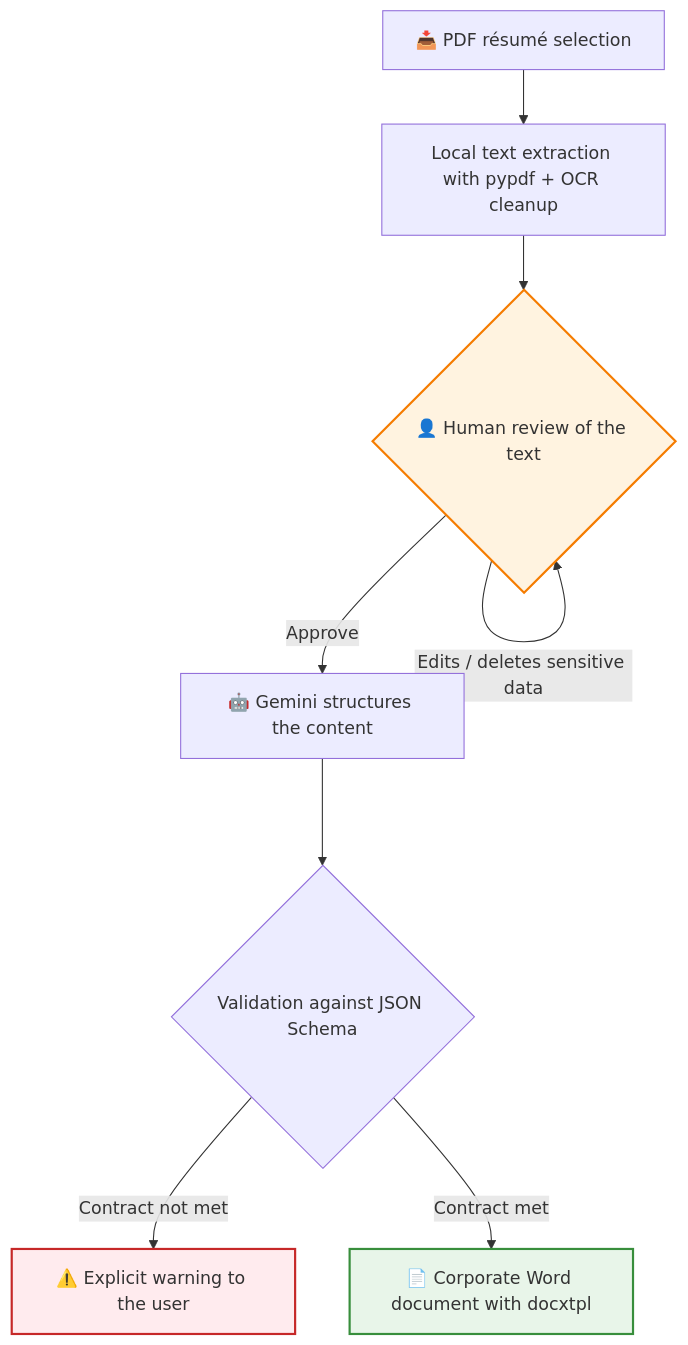
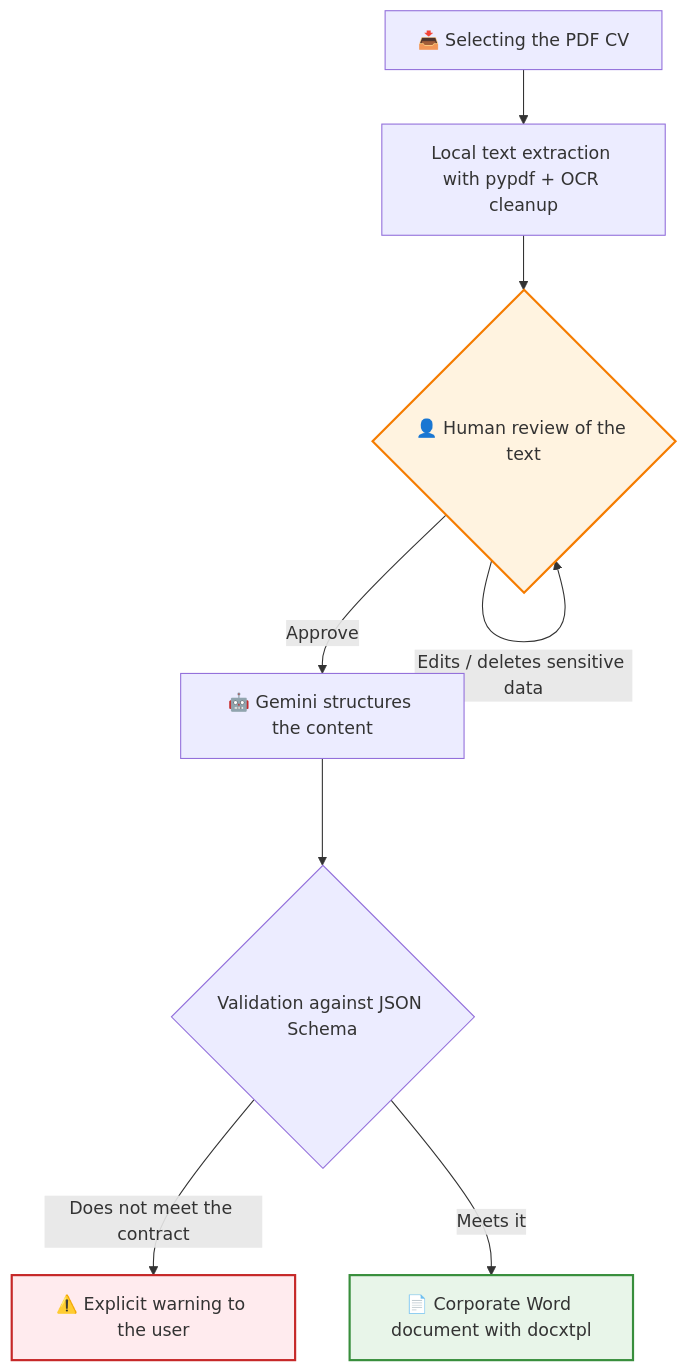
Before and after one commit to ivanher97/CV_Auto_CTIngenieros: the first of 2 diagrams in README.md, drawn with Mermaid. The commit also changed other lines of this file, not shown here.

````diff
--- a/README.md
+++ b/README.md
@@ -25,14 +25,14 @@
 ```mermaid
 flowchart TD
-    A[📥 PDF résumé selection] --> B[Local text extraction with pypdf + OCR cleanup]
+    A[📥 Selecting the PDF CV] --> B[Local text extraction with pypdf + OCR cleanup]
     B --> C{👤 Human review of the text}
     C -->|Edits / deletes sensitive data| C
     C -->|Approve| D[🤖 Gemini structures the content]
     D --> E{Validation against JSON Schema}
-    E -->|Contract not met| X[⚠️ Explicit warning to the user]
-    E -->|Contract met| F[📄 Corporate Word document with docxtpl]
+    E -->|Does not meet the contract| X[⚠️ Explicit warning to the user]
+    E -->|Meets it| F[📄 Corporate Word document with docxtpl]
 
     style C fill:#fff3e0,stroke:#f57c00,stroke-width:2px
     style F fill:#e8f5e9,stroke:#388e3c,stroke-width:2px
     style X fill:#ffebee,stroke:#c62828,stroke-width:2px
 ```
````
